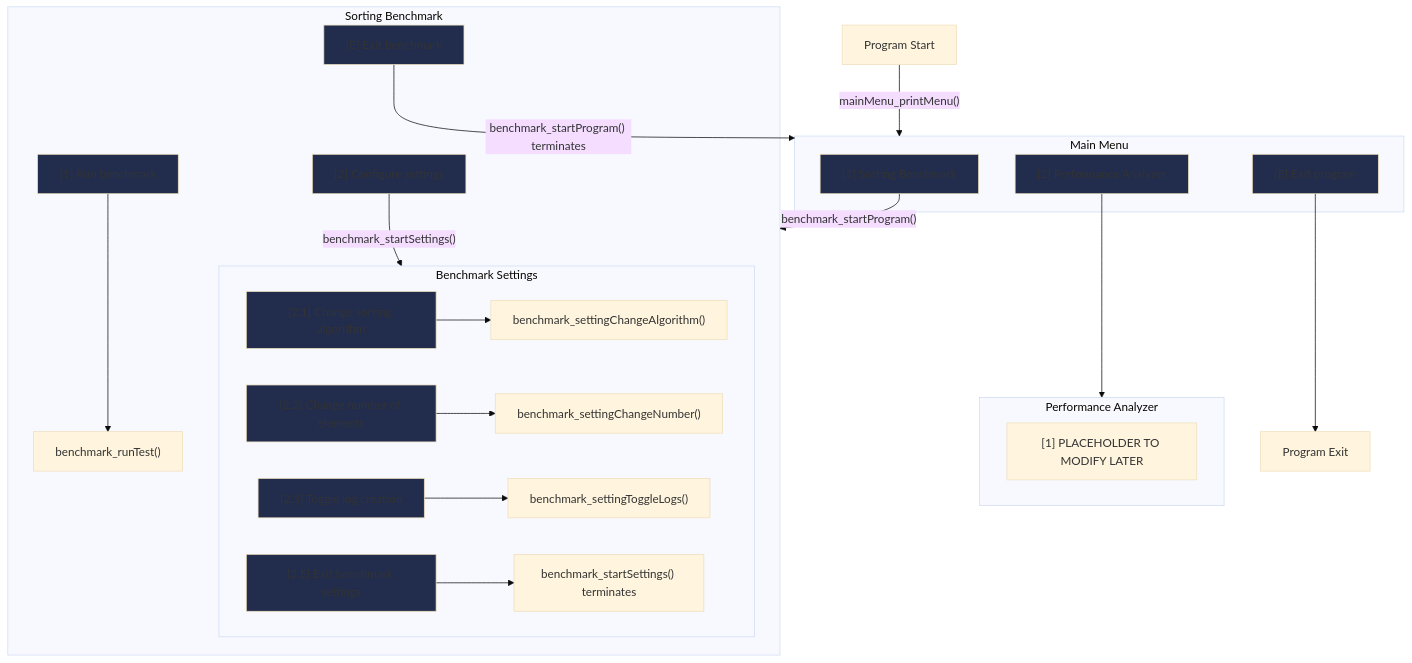
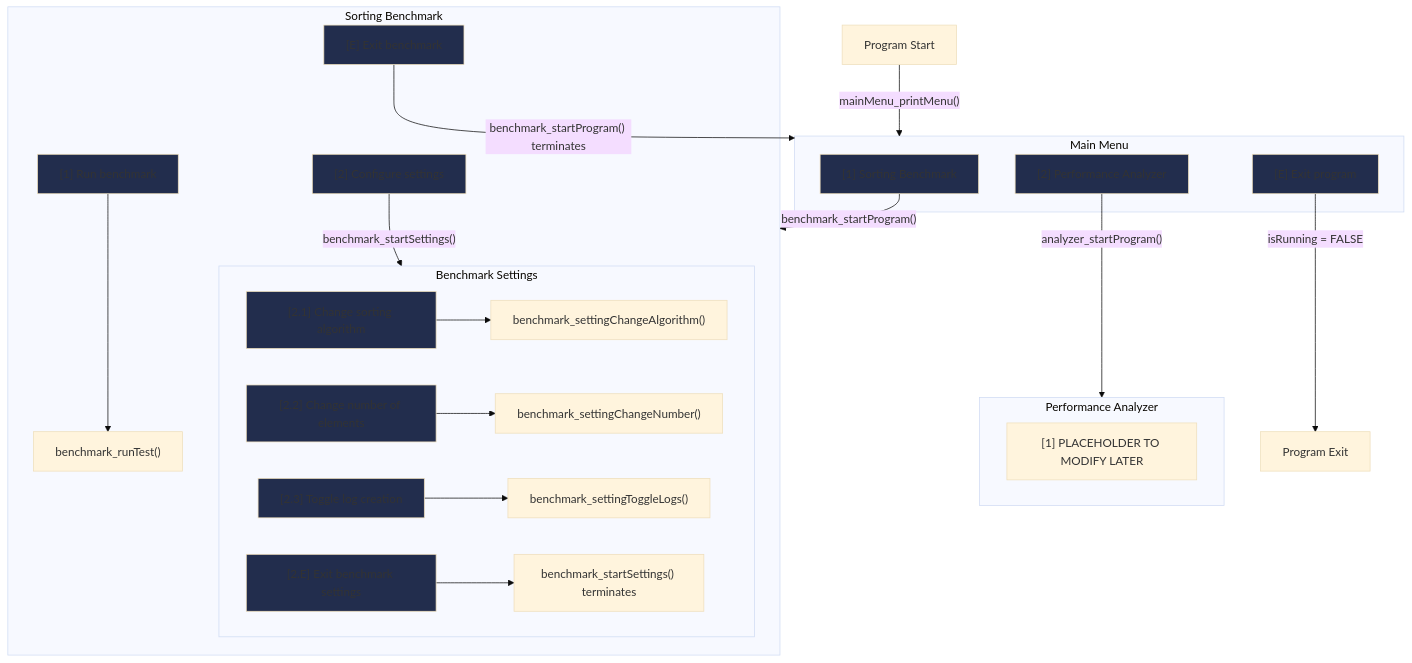
The diagram in README.md (TeaFive/sortprofiler), drawn with Mermaid (base theme) before and after one commit. The commit also changed other lines of this file, not shown here.

Commit message:
Add a some small details to diagram in README

````diff
--- a/README.md
+++ b/README.md
@@ -49,53 +49,53 @@
 ```mermaid
 flowchart TB
   S[Program Start]
   S --> |"mainMenu_printMenu()"| MM
 
   subgraph MM[Main Menu]
       %% direction TB
       MM_1["[1]" Sorting Benchmark]
       MM_2["[2]" Performance Analyzer]
       MM_E["[E]" Exit program]
   end
 
   MM_1 --> |"benchmark_startProgram()"| SB
-  MM_2 --> PA
-  MM_E --> E
+  MM_2 --> |"analyzer_startProgram()"| PA
+  MM_E --> |"isRunning = FALSE"| E
 
   subgraph SB[Sorting Benchmark]
     %% direction TB
     SB_1["[1]" Run benchmark]
       SB_1.1["benchmark_runTest()"]
     SB_2["[2]" Configure settings]
     SB_E["[E]" Exit benchmark]
 
     subgraph SB_BS[Benchmark Settings]
       direction LR
       SB_2.1["[2.1]" Change sorting algorithm]
         SB_2.1.1["benchmark_settingChangeAlgorithm()"]
       SB_2.2["[2.2]" Change number of elements]
         SB_2.2.1["benchmark_settingChangeNumber()"]
       SB_2.3["[2.3]" Toggle log creation]
         SB_2.3.1["benchmark_settingToggleLogs()"]
       SB_2.E["[2.E]" Exit benchmark settings]
         SB_2.E.1["benchmark_startSettings() terminates"]
     end
   end
 
   SB_1 --> SB_1.1
   SB_2 --> |"benchmark_startSettings()"| SB_BS
     SB_2.1 --> SB_2.1.1
     SB_2.2 --> SB_2.2.1
     SB_2.3 --> SB_2.3.1
     SB_2.E --> SB_2.E.1
   SB_E --> |"benchmark_startProgram() terminates"| MM
 
   subgraph PA[Performance Analyzer]
     PA_1["[1]" PLACEHOLDER TO MODIFY LATER]
   end
 
   E[Program Exit]
 
   classDef menuOption fill:#222d4d
   class MM_1,MM_2,MM_E,SB_1,SB_2,SB_2.1,SB_2.2,SB_2.3,SB_2.E,SB_E menuOption
 ```
````
